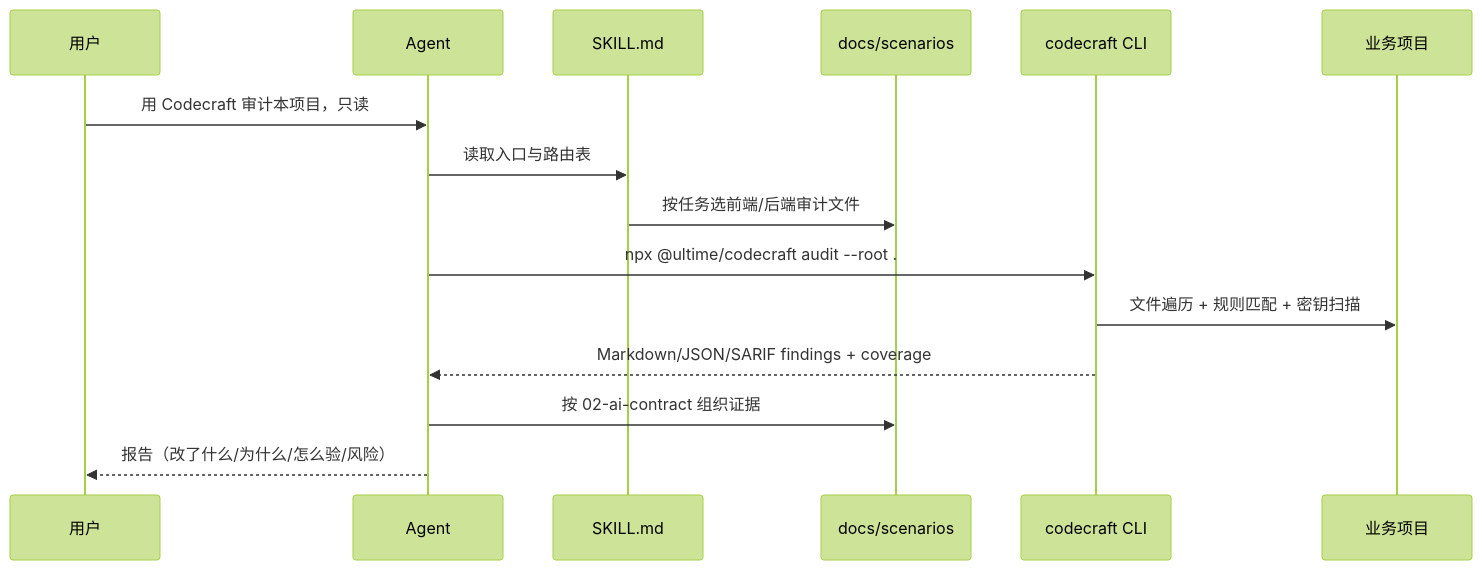
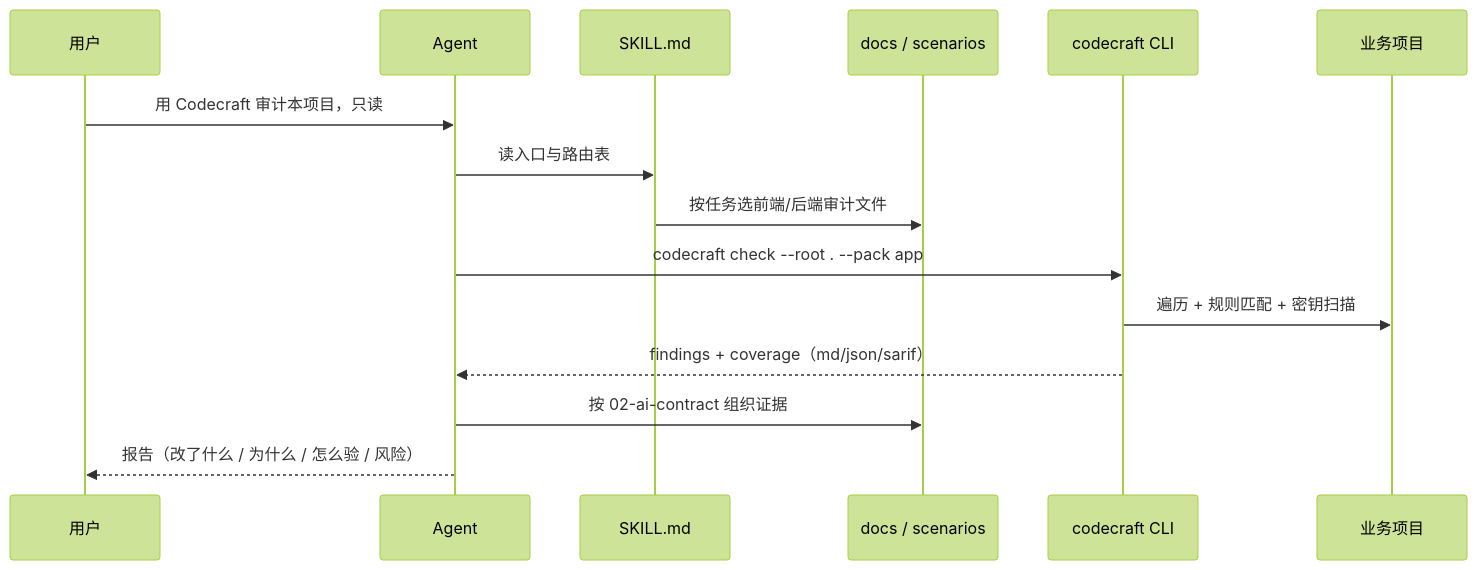
Before and after one commit to FlyForkFork/ForkYou: the third of 5 diagrams in 06-web/ultime-space-skills/02-architecture.md, drawn with Mermaid (forest theme). The commit also changed other lines of this file and 13 other files, not shown here.

````diff
--- a/06-web/ultime-space-skills/02-architecture.md
+++ b/06-web/ultime-space-skills/02-architecture.md
@@ -77,17 +79,17 @@
 ```mermaid
 sequenceDiagram
   participant U as 用户
   participant A as Agent
   participant S as SKILL.md
-  participant D as docs/scenarios
+  participant D as docs / scenarios
   participant C as codecraft CLI
   participant P as 业务项目
   U->>A: 用 Codecraft 审计本项目，只读
-  A->>S: 读取入口与路由表
+  A->>S: 读入口与路由表
   S->>D: 按任务选前端/后端审计文件
-  A->>C: npx @ultime/codecraft audit --root .
-  C->>P: 文件遍历 + 规则匹配 + 密钥扫描
-  C-->>A: Markdown/JSON/SARIF findings + coverage
+  A->>C: codecraft check --root . --pack app
+  C->>P: 遍历 + 规则匹配 + 密钥扫描
+  C-->>A: findings + coverage（md/json/sarif）
   A->>D: 按 02-ai-contract 组织证据
-  A-->>U: 报告（改了什么/为什么/怎么验/风险）
+  A-->>U: 报告（改了什么 / 为什么 / 怎么验 / 风险）
 ```
````
